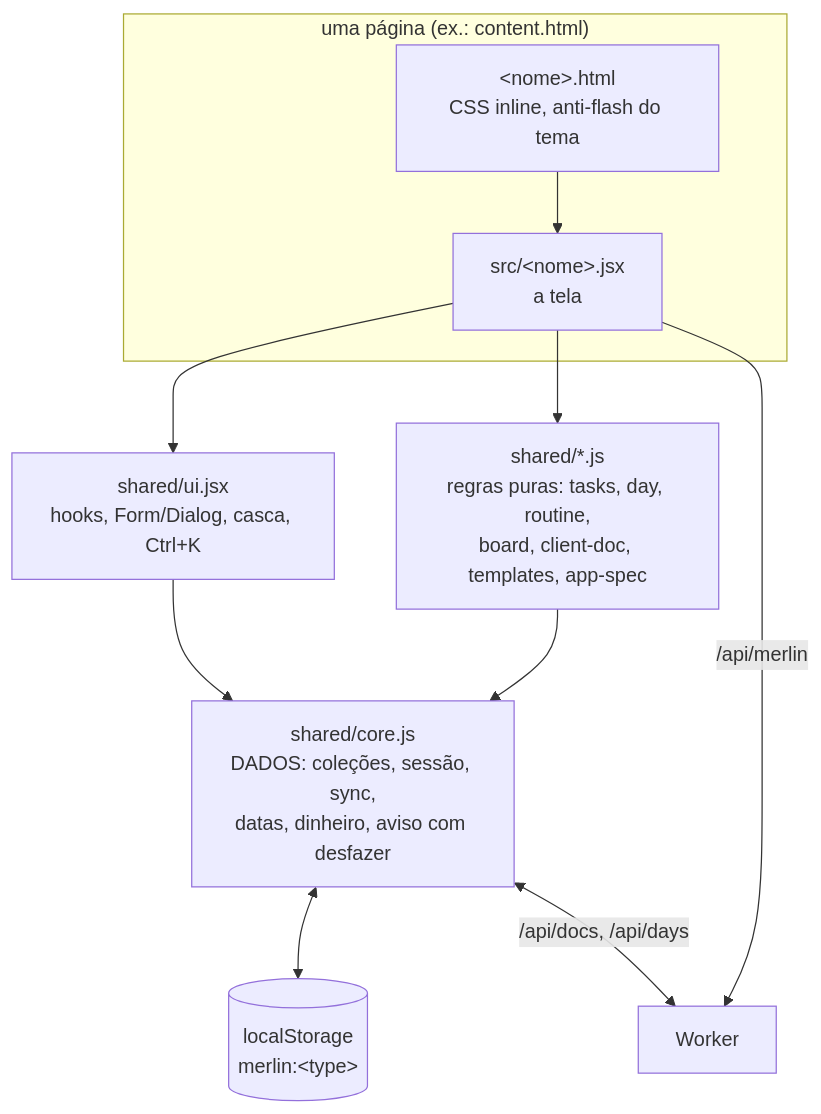
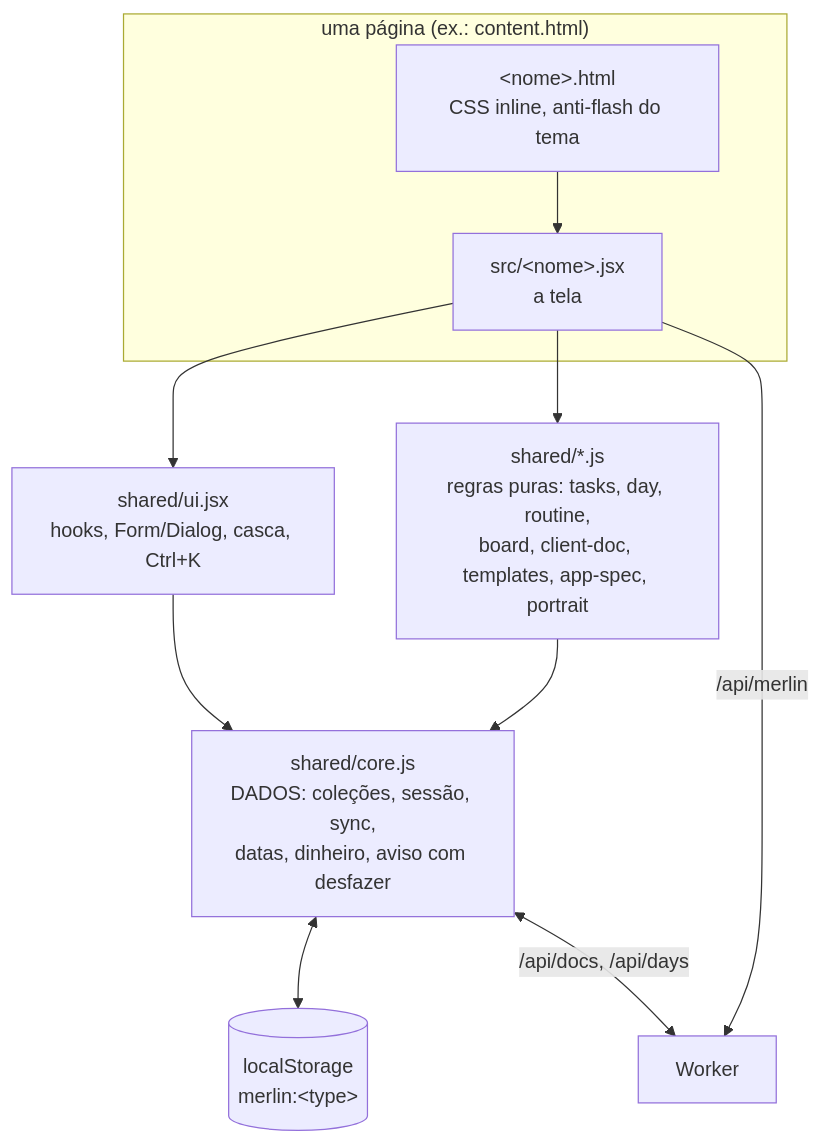
Before and after one commit to arttreis/artt-merlin: the third of 3 diagrams in docs/arquitetura/c4.md, drawn with Mermaid. The commit also changed other lines of this file and 12 other files, not shown here.

````diff
--- a/docs/arquitetura/c4.md
+++ b/docs/arquitetura/c4.md
@@ -59,13 +59,13 @@
 ```mermaid
 flowchart TB
   subgraph page["uma página (ex.: content.html)"]
     html["&lt;nome&gt;.html<br/>CSS inline, anti-flash do tema"] --> screen["src/&lt;nome&gt;.jsx<br/>a tela"]
   end
   screen --> ui["shared/ui.jsx<br/>hooks, Form/Dialog, casca, Ctrl+K"]
-  screen --> rules["shared/*.js<br/>regras puras: tasks, day, routine,<br/>board, client-doc, templates, app-spec"]
+  screen --> rules["shared/*.js<br/>regras puras: tasks, day, routine,<br/>board, client-doc, templates, app-spec, portrait"]
   ui --> core["shared/core.js<br/>DADOS: coleções, sessão, sync,<br/>datas, dinheiro, aviso com desfazer"]
   rules --> core
   core <--> ls[("localStorage<br/>merlin:&lt;type&gt;")]
   core <-->|"/api/docs, /api/days"| worker["Worker"]
   screen -->|"/api/merlin"| worker
 ```
````
